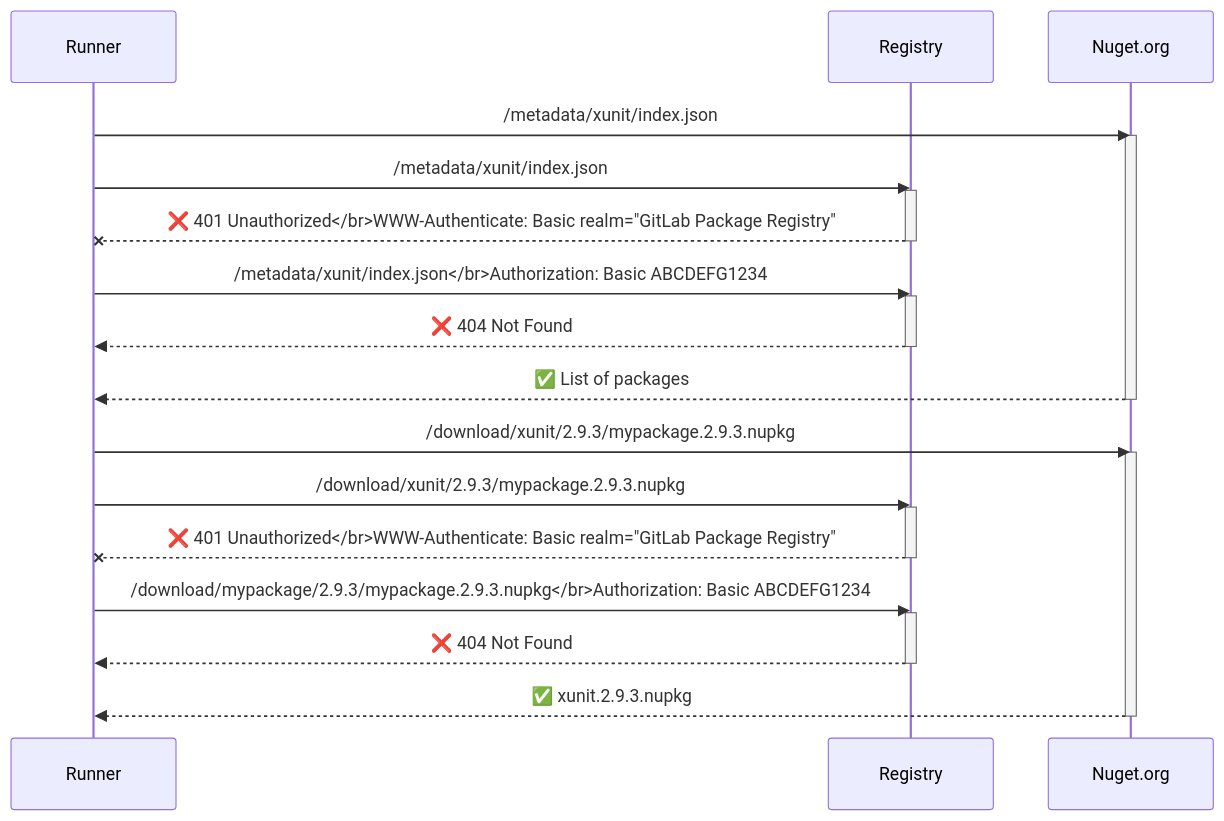
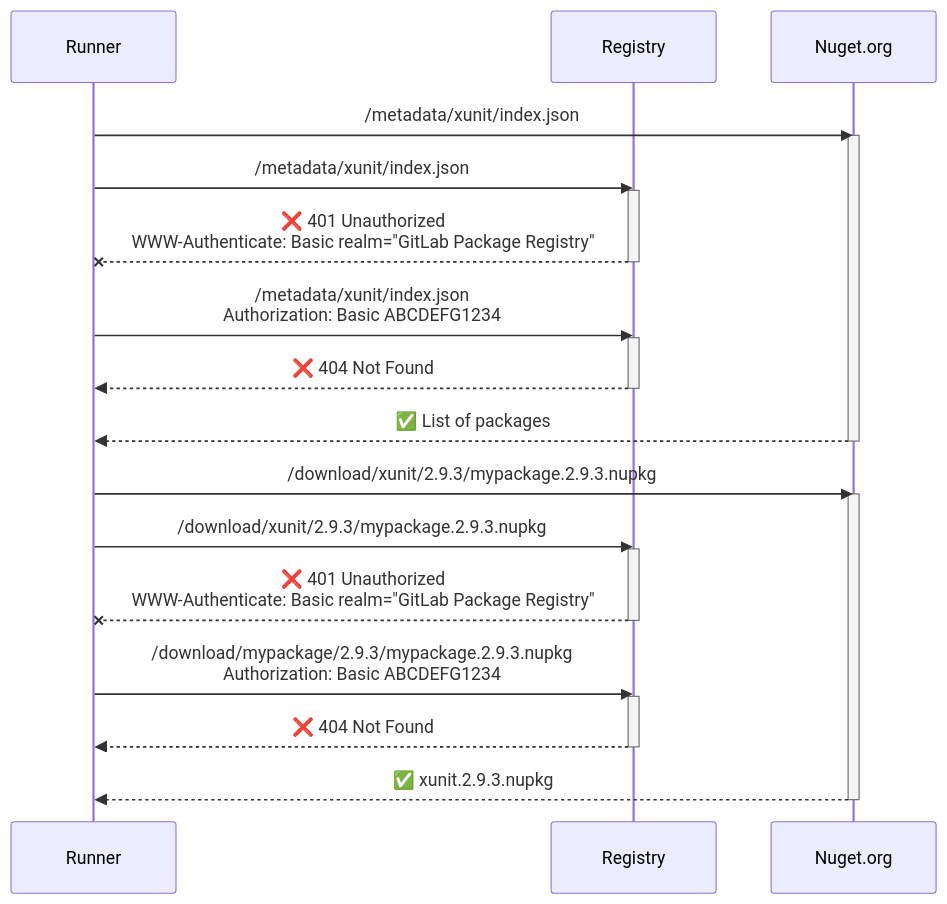
One commit to ogxd/ogxd.github.io changed the second of 6 diagrams in content/articles/nuget-caching/index.md. Above: the diagram before and after it, drawn with Mermaid. The commit also changed other lines of this file, not shown here.

```diff
--- a/content/articles/nuget-caching/index.md
+++ b/content/articles/nuget-caching/index.md
@@ -96,39 +96,39 @@
 {{<mermaid>}}
 sequenceDiagram
 
     participant Runner
     participant Registry
     participant Nuget#46;org
 
     Runner->>Nuget#46;org: /metadata/xunit/index.json
     activate Nuget#46;org
 
     Runner->>Registry: /metadata/xunit/index.json
     activate Registry
-    Registry--xRunner: ❌ 401 Unauthorized</br>WWW-Authenticate: Basic realm="GitLab Package Registry"
+    Registry--xRunner: ❌ 401 Unauthorized<br/>WWW-Authenticate: Basic realm="GitLab Package Registry"
     deactivate Registry
 
-    Runner->>Registry: /metadata/xunit/index.json</br>Authorization: Basic ABCDEFG1234
+    Runner->>Registry: /metadata/xunit/index.json<br/>Authorization: Basic ABCDEFG1234
     activate Registry
     Registry-->>Runner: ❌ 404 Not Found
     deactivate Registry
 
     Nuget#46;org-->>Runner: ✅ List of packages
     deactivate Nuget#46;org
 
     Runner->>Nuget#46;org: /download/xunit/2.9.3/mypackage.2.9.3.nupkg
     activate Nuget#46;org
 
     Runner->>Registry: /download/xunit/2.9.3/mypackage.2.9.3.nupkg
     activate Registry
-    Registry--xRunner: ❌ 401 Unauthorized</br>WWW-Authenticate: Basic realm="GitLab Package Registry"
+    Registry--xRunner: ❌ 401 Unauthorized<br/>WWW-Authenticate: Basic realm="GitLab Package Registry"
     deactivate Registry
 
-    Runner->>Registry: /download/mypackage/2.9.3/mypackage.2.9.3.nupkg</br>Authorization: Basic ABCDEFG1234
+    Runner->>Registry: /download/mypackage/2.9.3/mypackage.2.9.3.nupkg<br/>Authorization: Basic ABCDEFG1234
     activate Registry
     Registry-->>Runner: ❌ 404 Not Found
     deactivate Registry
 
     Nuget#46;org-->>Runner: ✅ xunit.2.9.3.nupkg
     deactivate Nuget#46;org
 {{</mermaid>}}
```
